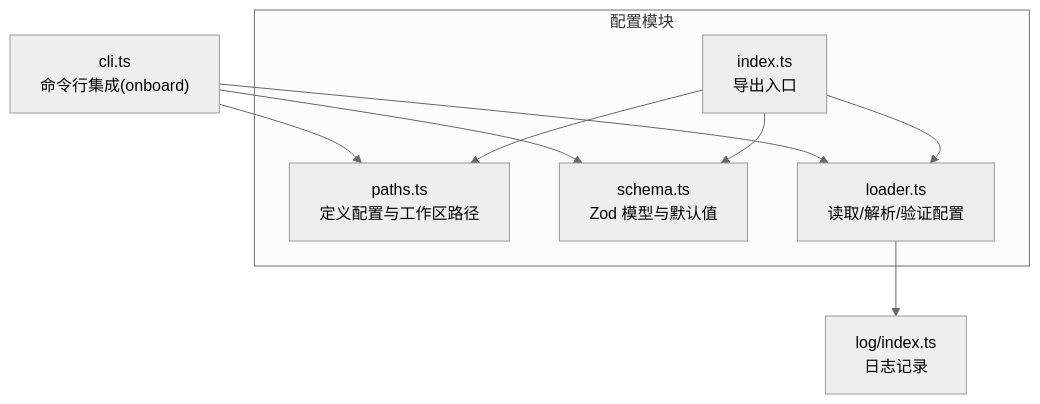
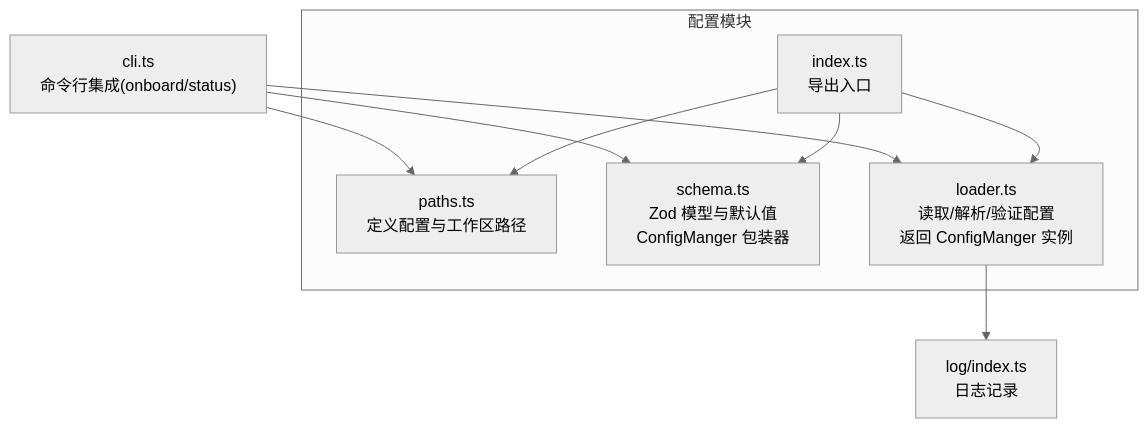
Before and after one commit to neciszhang/batbot: the first of 4 diagrams in .qoder/repowiki/zh/content/配置系统/配置加载器.md, drawn with Mermaid (neutral theme). The commit also changed other lines of this file and 9 other files, not shown here.

````diff
--- a/.qoder/repowiki/zh/content/配置系统/配置加载器.md
+++ b/.qoder/repowiki/zh/content/配置系统/配置加载器.md
@@ -46,18 +53,18 @@
 ```mermaid
 graph TB
 subgraph "配置模块"
 P["paths.ts<br/>定义配置与工作区路径"]
-S["schema.ts<br/>Zod 模型与默认值"]
-L["loader.ts<br/>读取/解析/验证配置"]
+S["schema.ts<br/>Zod 模型与默认值<br/>ConfigManger 包装器"]
+L["loader.ts<br/>读取/解析/验证配置<br/>返回 ConfigManger 实例"]
 I["index.ts<br/>导出入口"]
 end
-C["cli.ts<br/>命令行集成(onboard)"]
+C["cli.ts<br/>命令行集成(onboard/status)"]
 LOG["log/index.ts<br/>日志记录"]
 C --> P
 C --> S
 C --> L
 L --> LOG
 I --> P
 I --> S
 I --> L
 ```
````
